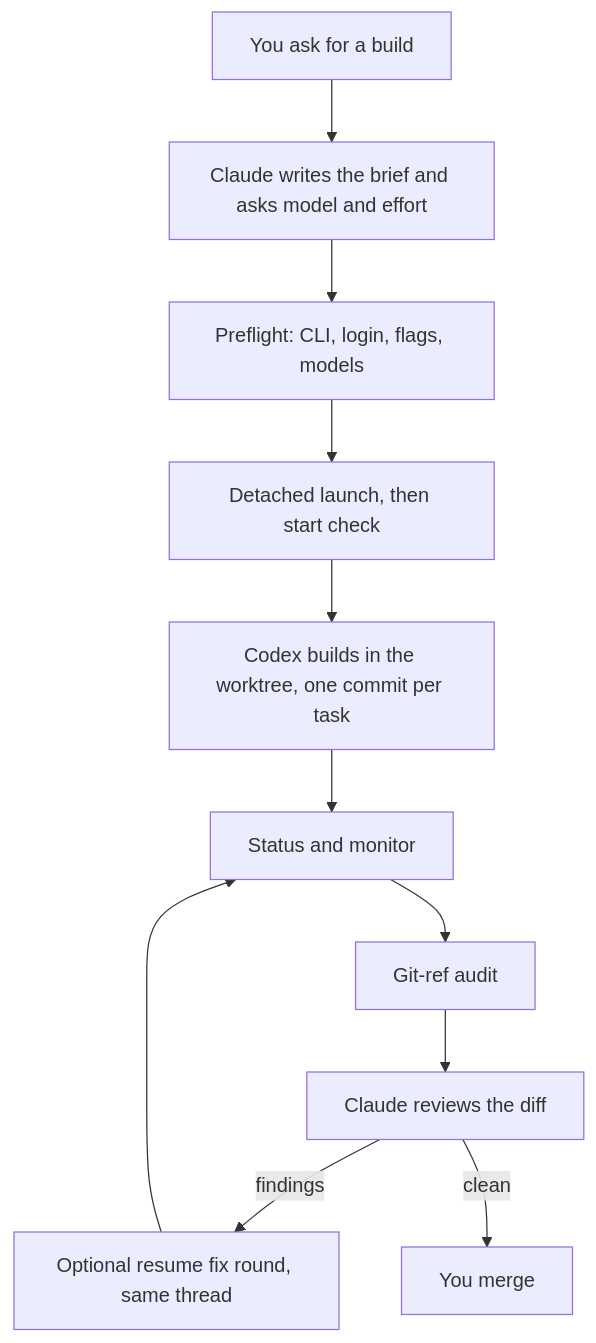
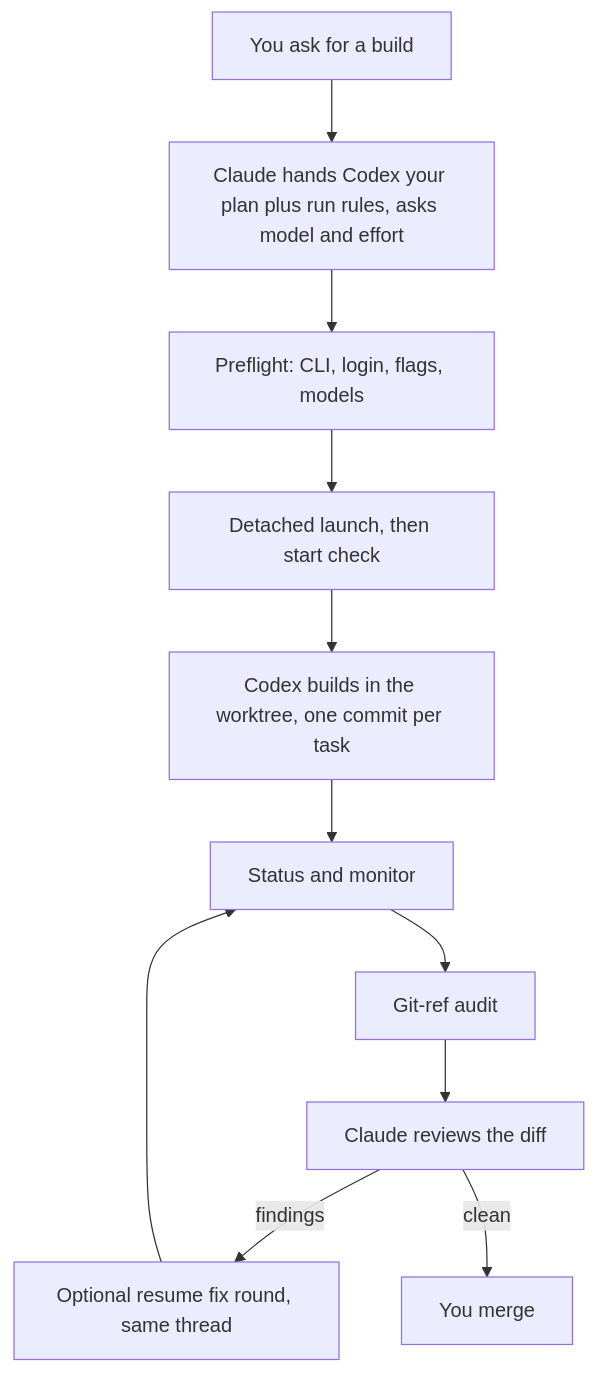
Before and after one commit to guydotan55/codex-use: the diagram in README.md, drawn with Mermaid. The commit also changed other lines of this file and 2 other files, not shown here.

Commit message:
docs: clarify the brief hands Codex your plan plus run rules; it does not write the spec (#2)

````diff
--- a/README.md
+++ b/README.md
@@ -55,13 +57,13 @@
 ```mermaid
 flowchart TD
-    A["You ask for a build"] --> B["Claude writes the brief and asks model and effort"]
+    A["You ask for a build"] --> B["Claude hands Codex your plan plus run rules, asks model and effort"]
     B --> C["Preflight: CLI, login, flags, models"]
     C --> D["Detached launch, then start check"]
     D --> E["Codex builds in the worktree, one commit per task"]
     E --> F["Status and monitor"]
     F --> G["Git-ref audit"]
     G --> H["Claude reviews the diff"]
     H -->|findings| I["Optional resume fix round, same thread"]
     I --> F
     H -->|clean| J["You merge"]
 ```
````
